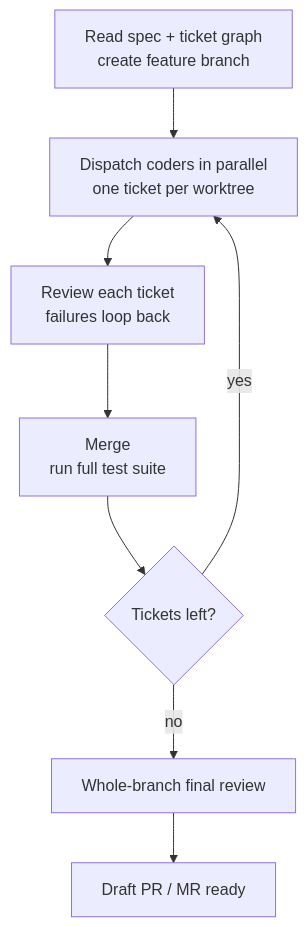
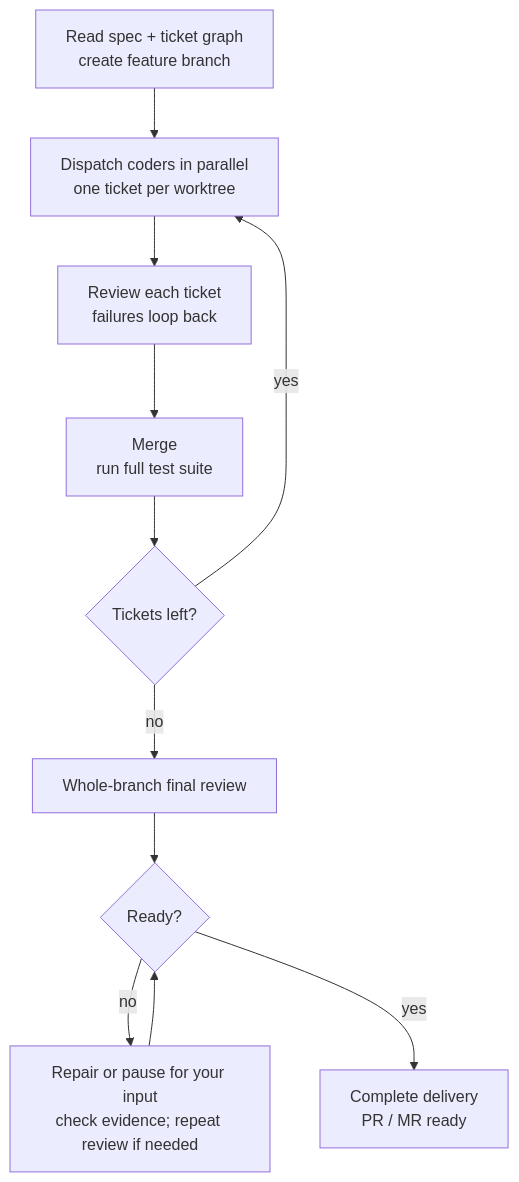
Before and after one commit to toomanyopenfiles/pi-matt-implement-flow: the diagram in README.md, drawn with Mermaid. The commit also changed other lines of this file and 4 other files, not shown here.

````diff
--- a/README.md
+++ b/README.md
@@ -111,10 +111,13 @@
 ```mermaid
 flowchart TD
     A["Read spec + ticket graph<br>create feature branch"] --> B["Dispatch coders in parallel<br>one ticket per worktree"]
     B --> C["Review each ticket<br>failures loop back"]
     C --> D["Merge<br>run full test suite"]
     D --> E{"Tickets left?"}
     E -- yes --> B
     E -- no --> F["Whole-branch final review"]
-    F --> G["Draft PR / MR ready"]
+    F --> G{"Ready?"}
+    G -- no --> H["Repair or pause for your input<br>check evidence; repeat review if needed"]
+    H --> G
+    G -- yes --> I["Complete delivery<br>PR / MR ready"]
 ```
````
